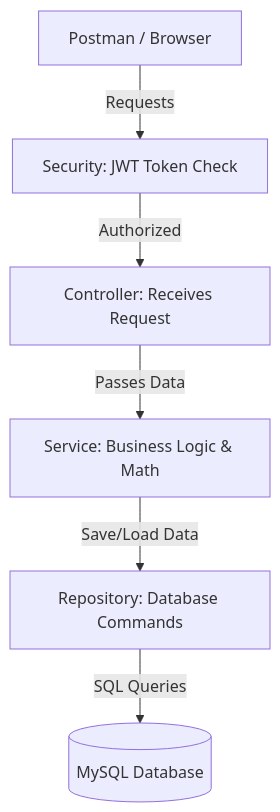
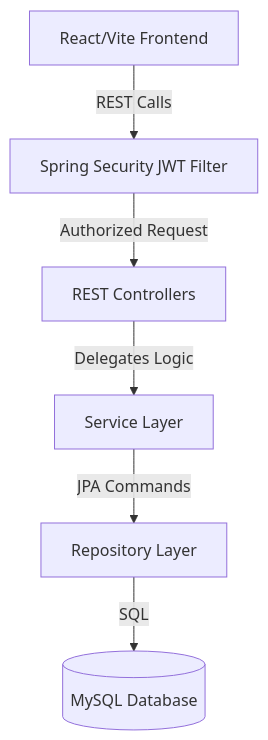
The diagram in README.md (Mokshayagna07/Expense_Tracker), drawn with Mermaid before and after one commit. The commit also changed other lines of this file and 11 other files, not shown here.

````diff
--- a/README.md
+++ b/README.md
@@ -49,8 +62,8 @@
 ```mermaid
 graph TD
-    Client[Postman / Browser] -->|Requests| Bouncer[Security: JWT Token Check]
-    Bouncer -->|Authorized| Reception[Controller: Receives Request]
-    Reception -->|Passes Data| Brain[Service: Business Logic & Math]
-    Brain -->|Save/Load Data| Cabinet[Repository: Database Commands]
-    Cabinet -->|SQL Queries| DB[(MySQL Database)]
+    Client[React/Vite Frontend] -->|REST Calls| Security[Spring Security JWT Filter]
+    Security -->|Authorized Request| Ctrl[REST Controllers]
+    Ctrl -->|Delegates Logic| Svc[Service Layer]
+    Svc -->|JPA Commands| Repo[Repository Layer]
+    Repo -->|SQL| DB[(MySQL Database)]
 ```
````
